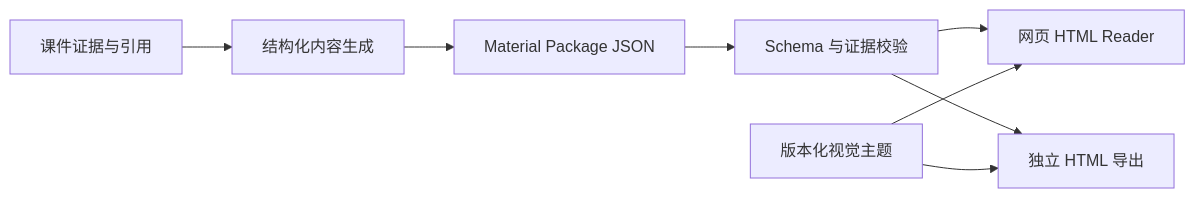
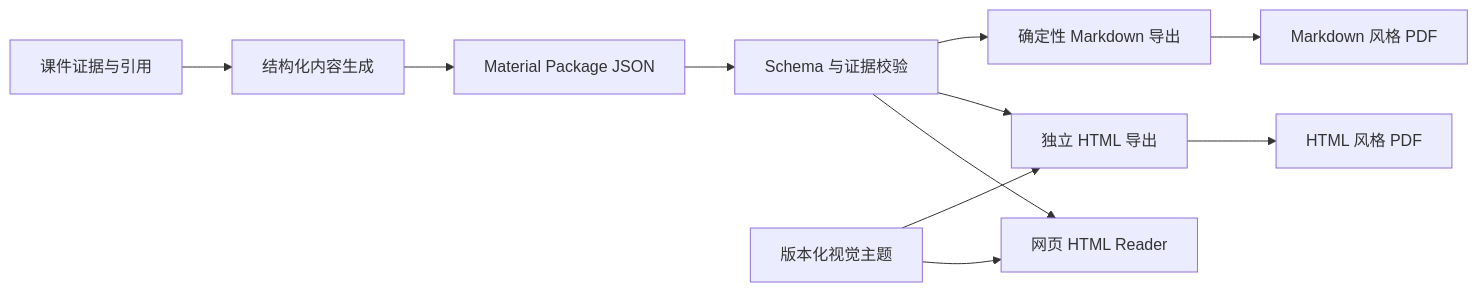
Before and after one commit to TyrionH-is-coding/J-Study: the diagram in docs/architecture/material-package-html-rendering.md, drawn with Mermaid. The commit also changed other lines of this file and 4 other files, not shown here.

````diff
--- a/docs/architecture/material-package-html-rendering.md
+++ b/docs/architecture/material-package-html-rendering.md
@@ -16,10 +17,13 @@
 ```mermaid
 flowchart LR
     Evidence["课件证据与引用"] --> Generation["结构化内容生成"]
     Generation --> Package["Material Package JSON"]
     Package --> Validation["Schema 与证据校验"]
     Validation --> Web["网页 HTML Reader"]
-    Validation --> Export["独立 HTML 导出"]
+    Validation --> HtmlExport["独立 HTML 导出"]
+    Validation --> MdExport["确定性 Markdown 导出"]
+    HtmlExport --> HtmlPdf["HTML 风格 PDF"]
+    MdExport --> MdPdf["Markdown 风格 PDF"]
     Theme["版本化视觉主题"] --> Web
-    Theme --> Export
+    Theme --> HtmlExport
 ```
````
